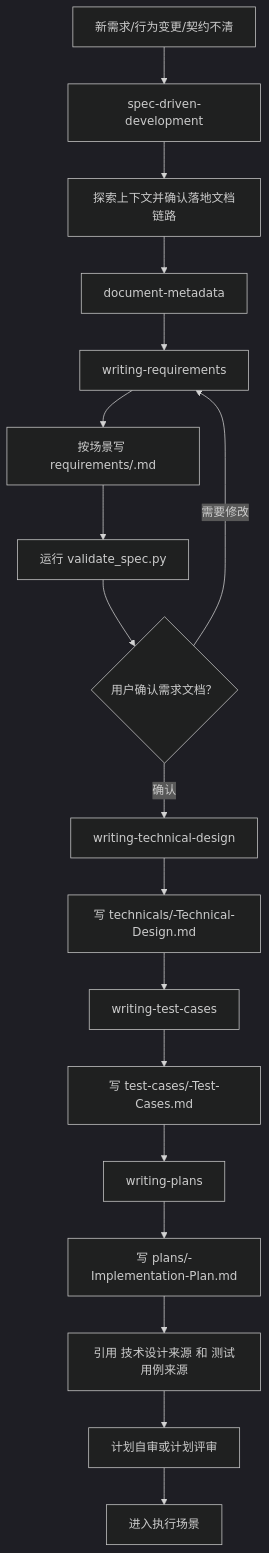
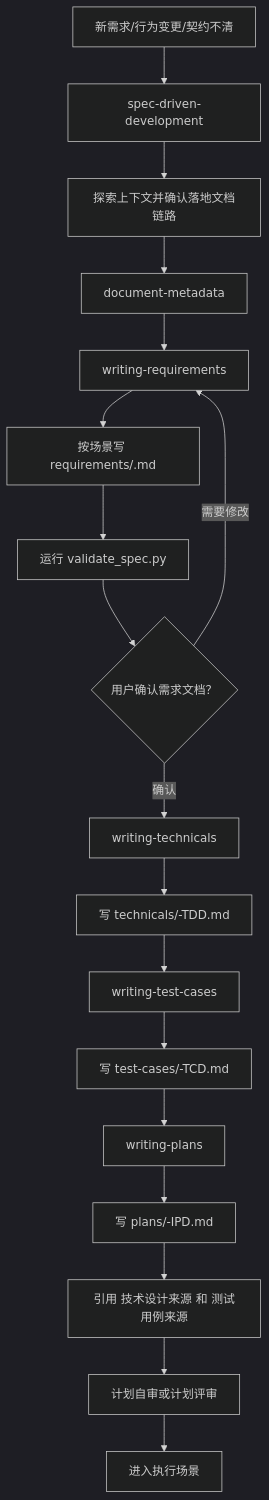
Before and after one commit to Vincen-dev/coding-plugins: the third of 11 diagrams in docs/workflow-chain.md, drawn with Mermaid (dark theme). The commit also changed other lines of this file and 135 other files, not shown here.

````diff
--- a/docs/workflow-chain.md
+++ b/docs/workflow-chain.md
@@ -186,20 +186,20 @@
 ```mermaid
 flowchart TD
   A["新需求/行为变更/契约不清"] --> B["spec-driven-development"]
   B --> C["探索上下文并确认落地文档链路"]
   C --> META["document-metadata"]
   META --> D["writing-requirements"]
   D --> E["按场景写 requirements/<spec-kind>.md"]
   E --> F["运行 validate_spec.py"]
   F --> G{"用户确认需求文档？"}
   G -->|需要修改| D
-  G -->|确认| TD["writing-technical-design"]
-  TD --> H["写 technicals/<feature-name>-Technical-Design.md"]
+  G -->|确认| TD["writing-technicals"]
+  TD --> H["写 technicals/<feature-name>-TDD.md"]
   H --> TC["writing-test-cases"]
-  TC --> I["写 test-cases/<feature-name>-Test-Cases.md"]
+  TC --> I["写 test-cases/<feature-name>-TCD.md"]
   I --> PLAN["writing-plans"]
-  PLAN --> J["写 plans/<feature-name>-Implementation-Plan.md"]
+  PLAN --> J["写 plans/<feature-name>-IPD.md"]
   J --> K["引用 技术设计来源 和 测试用例来源"]
   K --> L["计划自审或计划评审"]
   L --> M["进入执行场景"]
 ```
````
